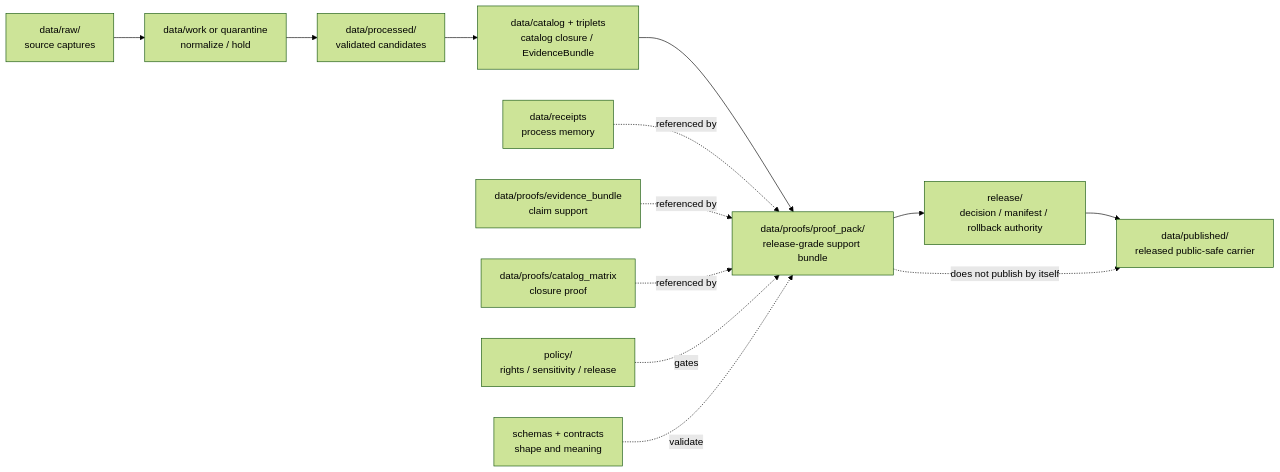
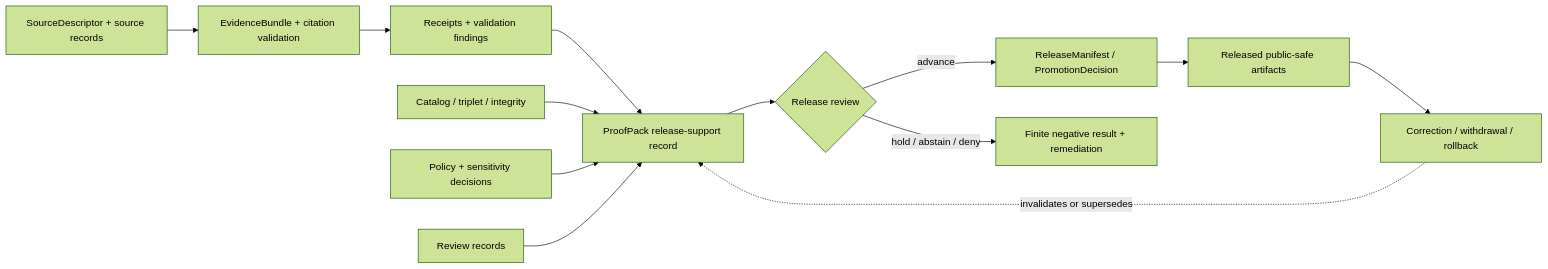
One commit to bartytime4life/Kansas-Frontier-Matrix changed the diagram in data/proofs/proof_pack/README.md. Above: the diagram before and after it, drawn with Mermaid (forest theme). The commit also changed other lines of this file, not shown here.

Commit message:
docs(proofs): modernize ProofPack parent README

````diff
--- a/data/proofs/proof_pack/README.md
+++ b/data/proofs/proof_pack/README.md
@@ -307,17 +236,15 @@
 ```mermaid
 flowchart LR
-  RAW["data/raw/<domain><br/>source captures"] --> WORK["data/work or quarantine<br/>normalize / hold"]
-  WORK --> PROC["data/processed/<domain><br/>validated candidates"]
-  PROC --> CAT["data/catalog + triplets<br/>catalog closure / EvidenceBundle"]
-  CAT --> PACK["data/proofs/proof_pack/<domain><br/>release-grade support bundle"]
-  PACK --> REL["release/<br/>decision / manifest / rollback authority"]
-  REL --> PUB["data/published/<domain><br/>released public-safe carrier"]
-
-  REC["data/receipts<br/>process memory"] -. referenced by .-> PACK
-  EB["data/proofs/evidence_bundle<br/>claim support"] -. referenced by .-> PACK
-  CM["data/proofs/catalog_matrix<br/>closure proof"] -. referenced by .-> PACK
-  POL["policy/<br/>rights / sensitivity / release"] -. gates .-> PACK
-  SCH["schemas + contracts<br/>shape and meaning"] -. validate .-> PACK
-
-  PACK -. "does not publish by itself" .-> PUB
+    SRC["SourceDescriptor + source records"] --> EB["EvidenceBundle + citation validation"]
+    EB --> REC["Receipts + validation findings"]
+    REC --> PP["ProofPack release-support record"]
+    CAT["Catalog / triplet / integrity"] --> PP
+    POL["Policy + sensitivity decisions"] --> PP
+    REV["Review records"] --> PP
+    PP --> DEC{"Release review"}
+    DEC -->|advance| REL["ReleaseManifest / PromotionDecision"]
+    DEC -->|hold / abstain / deny| NEG["Finite negative result + remediation"]
+    REL --> PUB["Released public-safe artifacts"]
+    PUB --> CORR["Correction / withdrawal / rollback"]
+    CORR -. invalidates or supersedes .-> PP
 ```
````
